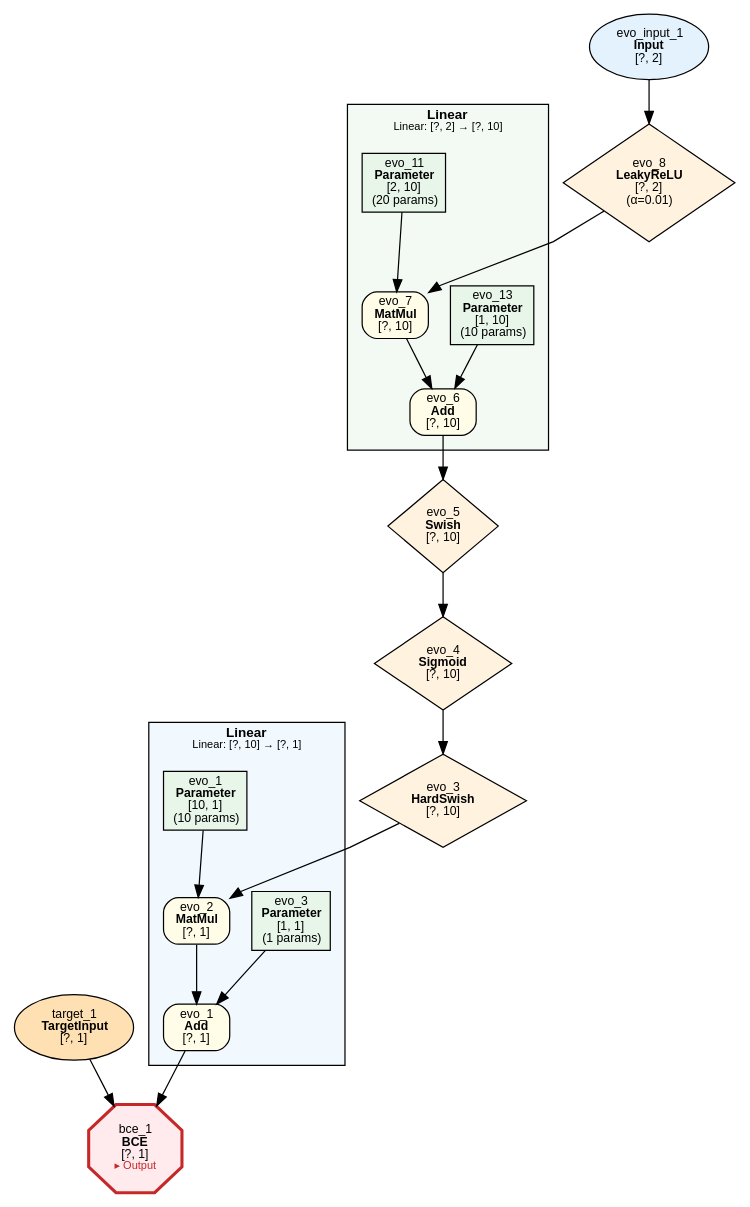
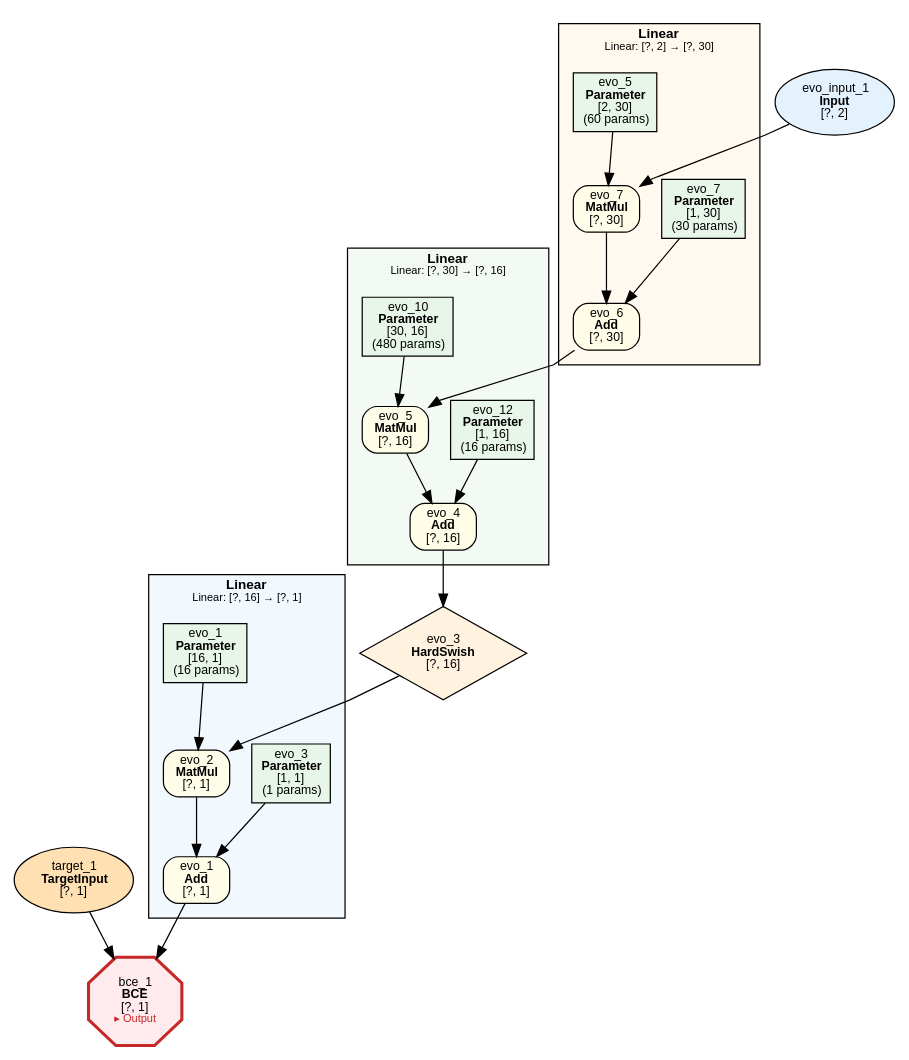
Before and after one commit to dbsxdbsx/only_torch: the diagram in examples/evolution/xor/evolution_xor.dot, drawn with Graphviz. The commit also changed 19 other files, not shown here.

```diff
--- a/examples/evolution/xor/evolution_xor.dot
+++ b/examples/evolution/xor/evolution_xor.dot
@@ -1,56 +1,67 @@
 digraph ComputeGraph {
     rankdir=TB;
     newrank=true;
     splines=polyline;
     node [fontname="Microsoft YaHei,SimHei,Arial"];
     edge [fontname="Microsoft YaHei,SimHei,Arial"];
 
     subgraph cluster_group_linear_0 {
-        label=<<B>Linear</B><BR/><FONT POINT-SIZE="9">Linear: [?, 10] → [?, 1]</FONT>>;
+        label=<<B>Linear</B><BR/><FONT POINT-SIZE="9">Linear: [?, 16] → [?, 1]</FONT>>;
         style=filled;
         fillcolor="#E3F2FD80";
         fontname="Microsoft YaHei,SimHei,Arial";
         fontsize=11;
         margin=12;
             "2" [label=<evo_1<BR/><B>Add</B><BR/>[?, 1]> shape=box style="filled,rounded" fillcolor="#FFFDE7" fontsize=10];
             "4" [label=<evo_2<BR/><B>MatMul</B><BR/>[?, 1]> shape=box style="filled,rounded" fillcolor="#FFFDE7" fontsize=10];
             "5" [label=<evo_3<BR/><B>Parameter</B><BR/>[1, 1]<BR/>(1 params)> shape=box style=filled fillcolor="#E8F5E9" fontsize=10];
-            "7" [label=<evo_1<BR/><B>Parameter</B><BR/>[10, 1]<BR/>(10 params)> shape=box style=filled fillcolor="#E8F5E9" fontsize=10];
+            "7" [label=<evo_1<BR/><B>Parameter</B><BR/>[16, 1]<BR/>(16 params)> shape=box style=filled fillcolor="#E8F5E9" fontsize=10];
     }
 
-    subgraph cluster_group_linear_1 {
-        label=<<B>Linear</B><BR/><FONT POINT-SIZE="9">Linear: [?, 2] → [?, 10]</FONT>>;
+    subgraph cluster_group_linear_2 {
+        label=<<B>Linear</B><BR/><FONT POINT-SIZE="9">Linear: [?, 30] → [?, 16]</FONT>>;
         style=filled;
         fillcolor="#E8F5E980";
         fontname="Microsoft YaHei,SimHei,Arial";
         fontsize=11;
         margin=12;
-            "10" [label=<evo_6<BR/><B>Add</B><BR/>[?, 10]> shape=box style="filled,rounded" fillcolor="#FFFDE7" fontsize=10];
-            "11" [label=<evo_7<BR/><B>MatMul</B><BR/>[?, 10]> shape=box style="filled,rounded" fillcolor="#FFFDE7" fontsize=10];
-            "12" [label=<evo_13<BR/><B>Parameter</B><BR/>[1, 10]<BR/>(10 params)> shape=box style=filled fillcolor="#E8F5E9" fontsize=10];
-            "14" [label=<evo_11<BR/><B>Parameter</B><BR/>[2, 10]<BR/>(20 params)> shape=box style=filled fillcolor="#E8F5E9" fontsize=10];
+            "8" [label=<evo_4<BR/><B>Add</B><BR/>[?, 16]> shape=box style="filled,rounded" fillcolor="#FFFDE7" fontsize=10];
+            "9" [label=<evo_5<BR/><B>MatMul</B><BR/>[?, 16]> shape=box style="filled,rounded" fillcolor="#FFFDE7" fontsize=10];
+            "10" [label=<evo_12<BR/><B>Parameter</B><BR/>[1, 16]<BR/>(16 params)> shape=box style=filled fillcolor="#E8F5E9" fontsize=10];
+            "12" [label=<evo_10<BR/><B>Parameter</B><BR/>[30, 16]<BR/>(480 params)> shape=box style=filled fillcolor="#E8F5E9" fontsize=10];
+    }
+
+    subgraph cluster_group_linear_1 {
+        label=<<B>Linear</B><BR/><FONT POINT-SIZE="9">Linear: [?, 2] → [?, 30]</FONT>>;
+        style=filled;
+        fillcolor="#FFF3E080";
+        fontname="Microsoft YaHei,SimHei,Arial";
+        fontsize=11;
+        margin=12;
+            "11" [label=<evo_6<BR/><B>Add</B><BR/>[?, 30]> shape=box style="filled,rounded" fillcolor="#FFFDE7" fontsize=10];
+            "13" [label=<evo_7<BR/><B>MatMul</B><BR/>[?, 30]> shape=box style="filled,rounded" fillcolor="#FFFDE7" fontsize=10];
+            "14" [label=<evo_7<BR/><B>Parameter</B><BR/>[1, 30]<BR/>(30 params)> shape=box style=filled fillcolor="#E8F5E9" fontsize=10];
+            "16" [label=<evo_5<BR/><B>Parameter</B><BR/>[2, 30]<BR/>(60 params)> shape=box style=filled fillcolor="#E8F5E9" fontsize=10];
     }
 
     "1" [label=<bce_1<BR/><B>BCE</B><BR/>[?, 1]<BR/><FONT COLOR="#C62828" POINT-SIZE="9">▸ Output</FONT>> shape=octagon style=filled fillcolor="#FFEBEE" fontsize=10 penwidth=2.5 color="#C62828"];
     "3" [label=<target_1<BR/><B>TargetInput</B><BR/>[?, 1]> shape=ellipse style=filled fillcolor="#FFE0B2" fontsize=10];
-    "6" [label=<evo_3<BR/><B>HardSwish</B><BR/>[?, 10]> shape=diamond style=filled fillcolor="#FFF3E0" fontsize=10];
-    "8" [label=<evo_4<BR/><B>Sigmoid</B><BR/>[?, 10]> shape=diamond style=filled fillcolor="#FFF3E0" fontsize=10];
-    "9" [label=<evo_5<BR/><B>Swish</B><BR/>[?, 10]> shape=diamond style=filled fillcolor="#FFF3E0" fontsize=10];
-    "13" [label=<evo_8<BR/><B>LeakyReLU</B><BR/>[?, 2]<BR/>(α=0.01)> shape=diamond style=filled fillcolor="#FFF3E0" fontsize=10];
+    "6" [label=<evo_3<BR/><B>HardSwish</B><BR/>[?, 16]> shape=diamond style=filled fillcolor="#FFF3E0" fontsize=10];
     "15" [label=<evo_input_1<BR/><B>Input</B><BR/>[?, 2]> shape=ellipse style=filled fillcolor="#E3F2FD" fontsize=10];
 
     "2" -> "1";
     "3" -> "1";
     "4" -> "2";
     "5" -> "2";
     "6" -> "4";
     "7" -> "4";
     "8" -> "6";
     "9" -> "8";
-    "10" -> "9";
-    "11" -> "10";
-    "12" -> "10";
+    "10" -> "8";
+    "11" -> "9";
+    "12" -> "9";
     "13" -> "11";
     "14" -> "11";
     "15" -> "13";
+    "16" -> "13";
 }
```
